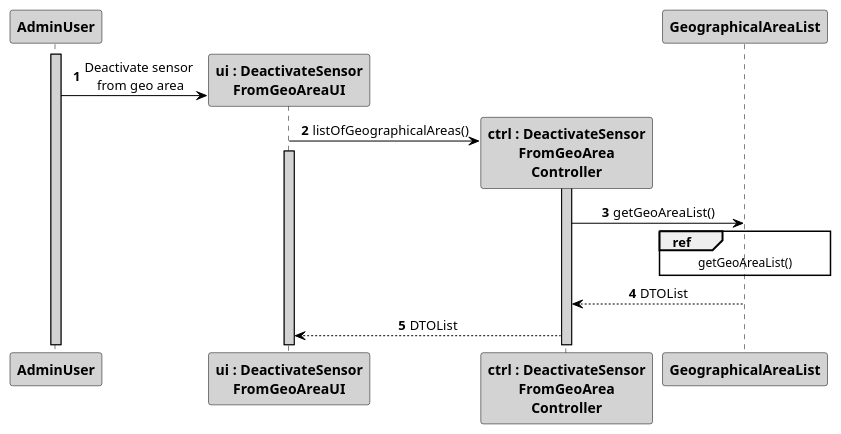
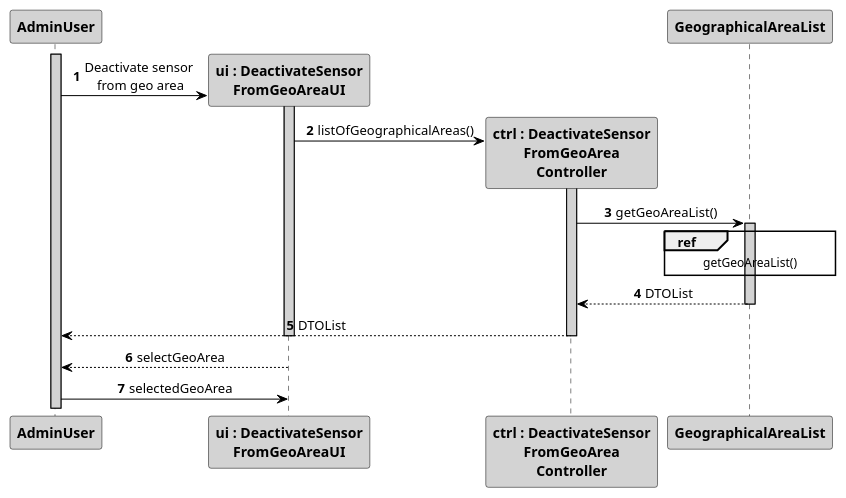
One commit to 1181687/hateoasToy changed the diagram in src/main/java/pt/ipp/isep/dei/project/controllers/deactivatesensorfromgeoarea/SD_DeactivateSensorFromGeoArea.puml. Above: the diagram before and after it, drawn with PlantUML. The commit also changed 1 other file, not shown here.

Commit message:
Addresses #147. More updates to the sequence diagram.

```diff
--- a/src/main/java/pt/ipp/isep/dei/project/controllers/deactivatesensorfromgeoarea/SD_DeactivateSensorFromGeoArea.puml
+++ b/src/main/java/pt/ipp/isep/dei/project/controllers/deactivatesensorfromgeoarea/SD_DeactivateSensorFromGeoArea.puml
@@ -1,38 +1,50 @@
 @startuml
 autonumber
 skinparam sequenceMessageAlign center
 skinparam sequence {
 	ArrowColor Black
 	ActorBorderColor DarkBlue
 	LifeLineBorderColor black
 	LifeLineBackgroundColor LightGrey
 
 	ParticipantBorderColor Black
 	ParticipantBackgroundColor LightGrey
 	ParticipantFontStyle Bold
 
 	ActorBackgroundColor DimGrey
 	ActorFontColor DeepSkyBlue
 	ActorFontStyle Bold
 	ActorFontSize 17
 	ActorFontName Aapex
 }
 
 activate AdminUser
 actor AdminUser
 
 AdminUser -> "ui : DeactivateSensor\nFromGeoAreaUI" **: Deactivate sensor \nfrom geo area
+activate "ui : DeactivateSensor\nFromGeoAreaUI"
 "ui : DeactivateSensor\nFromGeoAreaUI" -> "ctrl : DeactivateSensor\nFromGeoArea\nController" **: listOfGeographicalAreas()
-activate "ui : DeactivateSensor\nFromGeoAreaUI"
 activate "ctrl : DeactivateSensor\nFromGeoArea\nController"
 
 "ctrl : DeactivateSensor\nFromGeoArea\nController" -> "GeographicalAreaList": getGeoAreaList()
+activate "GeographicalAreaList"
 ref over "GeographicalAreaList"
 getGeoAreaList()
 end
 "GeographicalAreaList" --> "ctrl : DeactivateSensor\nFromGeoArea\nController": DTOList
-"ctrl : DeactivateSensor\nFromGeoArea\nController" --> "ui : DeactivateSensor\nFromGeoAreaUI": DTOList
+deactivate "GeographicalAreaList"
+"ctrl : DeactivateSensor\nFromGeoArea\nController" --> AdminUser: DTOList
+deactivate "ui : DeactivateSensor\nFromGeoAreaUI"
+deactivate "ctrl : DeactivateSensor\nFromGeoArea\nController"
+
+deactivate "ui : DeactivateSensor\nFromGeoAreaUI"
+
+
+"ui : DeactivateSensor\nFromGeoAreaUI" --> AdminUser: selectGeoArea
+deactivate "ui : DeactivateSensor\nFromGeoAreaUI"
+AdminUser -> "ui : DeactivateSensor\nFromGeoAreaUI": selectedGeoArea
+
 
 
 
 @enduml
```
